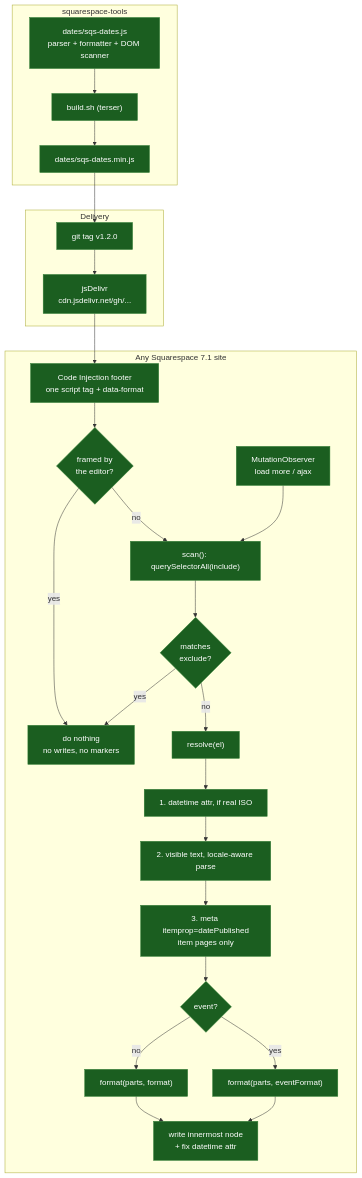
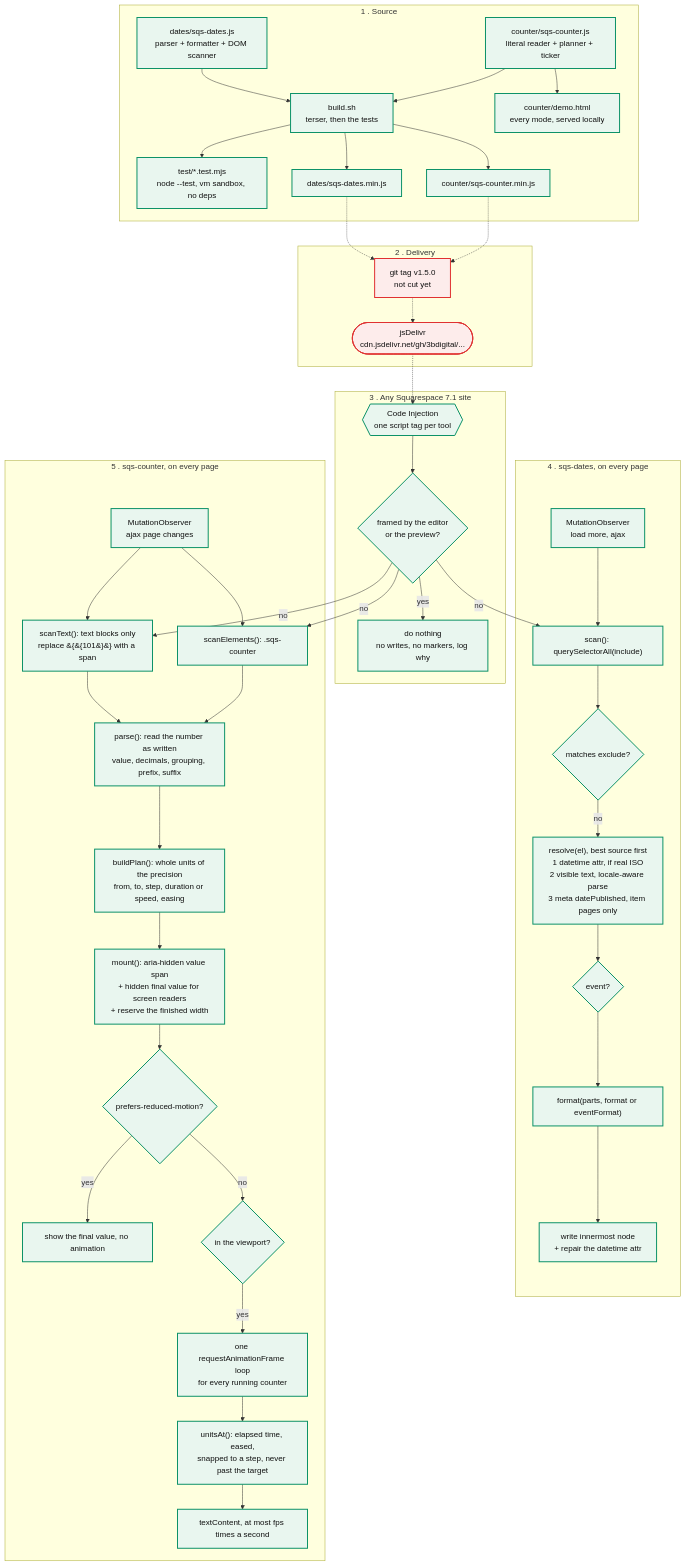
One commit to 3bdigital/squarespace-tools changed the diagram in docs/architecture.md. Above: the diagram before and after it, drawn with Mermaid. The commit also changed other lines of this file and 3 other files, not shown here.

First line of the commit message:
Document the counter, and how a release reaches a site

````diff
--- a/docs/architecture.md
+++ b/docs/architecture.md
@@ -5,49 +7,80 @@
 ```mermaid
 flowchart TD
-    subgraph repo["squarespace-tools"]
-        SRC["dates/sqs-dates.js<br/>parser + formatter + DOM scanner"]
-        BUILD["build.sh (terser)"]
-        MIN["dates/sqs-dates.min.js"]
-        SRC --> BUILD --> MIN
+    subgraph repo["1 . Source"]
+        SRC1["dates/sqs-dates.js<br>parser + formatter + DOM scanner"]
+        SRC2["counter/sqs-counter.js<br>literal reader + planner + ticker"]
+        TESTS["test/*.test.mjs<br>node --test, vm sandbox, no deps"]
+        BUILD["build.sh<br>terser, then the tests"]
+        MIN1["dates/sqs-dates.min.js"]
+        MIN2["counter/sqs-counter.min.js"]
+        DEMO["counter/demo.html<br>every mode, served locally"]
+        SRC1 --> BUILD
+        SRC2 --> BUILD
+        BUILD --> MIN1
+        BUILD --> MIN2
+        BUILD --> TESTS
+        SRC2 --> DEMO
     end
 
-    subgraph cdn["Delivery"]
-        TAG["git tag v1.2.0"]
-        JSD["jsDelivr<br/>cdn.jsdelivr.net/gh/..."]
-        MIN --> TAG --> JSD
+    subgraph cdn["2 . Delivery"]
+        TAG["git tag v1.5.0<br>not cut yet"]
+        JSD(["jsDelivr<br>cdn.jsdelivr.net/gh/3bdigital/..."])
+        MIN1 -.-> TAG
+        MIN2 -.-> TAG
+        TAG -.-> JSD
     end
 
-    subgraph site["Any Squarespace 7.1 site"]
-        INJ["Code Injection footer<br/>one script tag + data-format"]
-        GUARD{"framed by<br/>the editor?"}
-        STOP["do nothing<br/>no writes, no markers"]
-        SCAN["scan(): querySelectorAll(include)"]
-        SKIP{"matches<br/>exclude?"}
-        RESOLVE["resolve(el)"]
-        A1["1. datetime attr, if real ISO"]
-        A2["2. visible text, locale-aware parse"]
-        A3["3. meta itemprop=datePublished<br/>item pages only"]
-        PICK{"event?"}
-        FMT["format(parts, format)"]
-        EFMT["format(parts, eventFormat)"]
-        WRITE["write innermost node<br/>+ fix datetime attr"]
-        OBS["MutationObserver<br/>load more / ajax"]
-
+    subgraph site["3 . Any Squarespace 7.1 site"]
+        INJ{{"Code Injection<br>one script tag per tool"}}
+        GUARD{"framed by the editor<br>or the preview?"}
+        STOP["do nothing<br>no writes, no markers, log why"]
         INJ --> GUARD
         GUARD -->|yes| STOP
-        GUARD -->|no| SCAN
-        SCAN --> SKIP
-        SKIP -->|yes| STOP
-        SKIP -->|no| RESOLVE
-        RESOLVE --> A1 --> A2 --> A3
-        A3 --> PICK
-        PICK -->|no| FMT --> WRITE
-        PICK -->|yes| EFMT --> WRITE
-        OBS --> SCAN
     end
 
-    JSD --> INJ
+    subgraph dates["4 . sqs-dates, on every page"]
+        DSCAN["scan(): querySelectorAll(include)"]
+        DSKIP{"matches exclude?"}
+        DRES["resolve(el), best source first<br>1 datetime attr, if real ISO<br>2 visible text, locale-aware parse<br>3 meta datePublished, item pages only"]
+        DEVENT{"event?"}
+        DFMT["format(parts, format or eventFormat)"]
+        DWRITE["write innermost node<br>+ repair the datetime attr"]
+        DOBS["MutationObserver<br>load more, ajax"]
+        DSCAN --> DSKIP
+        DSKIP -->|no| DRES --> DEVENT --> DFMT --> DWRITE
+        DOBS --> DSCAN
+    end
 
-    classDef step fill:#1b5e20,stroke:#2e7d32,color:#fff
-    class SRC,BUILD,MIN,TAG,JSD,INJ,GUARD,STOP,SCAN,SKIP,RESOLVE,A1,A2,A3,PICK,FMT,EFMT,WRITE,OBS step
+    subgraph counter["5 . sqs-counter, on every page"]
+        CTEXT["scanText(): text blocks only<br>replace &#123;&#123;101&#125;&#125; with a span"]
+        CEL["scanElements(): .sqs-counter"]
+        CPARSE["parse(): read the number as written<br>value, decimals, grouping, prefix, suffix"]
+        CPLAN["buildPlan(): whole units of the precision<br>from, to, step, duration or speed, easing"]
+        CMOUNT["mount(): aria-hidden value span<br>+ hidden final value for screen readers<br>+ reserve the finished width"]
+        CRM{"prefers-reduced-motion?"}
+        CFINAL["show the final value, no animation"]
+        CIO{"in the viewport?"}
+        CTICK["one requestAnimationFrame loop<br>for every running counter"]
+        CQ["unitsAt(): elapsed time, eased,<br>snapped to a step, never past the target"]
+        CPAINT["textContent, at most fps times a second"]
+        COBS["MutationObserver<br>ajax page changes"]
+        CTEXT --> CPARSE
+        CEL --> CPARSE
+        CPARSE --> CPLAN --> CMOUNT --> CRM
+        CRM -->|yes| CFINAL
+        CRM -->|no| CIO
+        CIO -->|yes| CTICK --> CQ --> CPAINT
+        COBS --> CTEXT
+        COBS --> CEL
+    end
+
+    JSD -.-> INJ
+    GUARD -->|no| DSCAN
+    GUARD -->|no| CTEXT
+    GUARD -->|no| CEL
+
+    classDef built fill:#e9f6ef,stroke:#0d9268,stroke-width:2px,color:#111
+    classDef todo fill:#fdeceb,stroke:#e03131,stroke-width:2px,color:#111
+    class SRC1,SRC2,TESTS,BUILD,MIN1,MIN2,DEMO,INJ,GUARD,STOP,DSCAN,DSKIP,DRES,DEVENT,DFMT,DWRITE,DOBS,CTEXT,CEL,CPARSE,CPLAN,CMOUNT,CRM,CFINAL,CIO,CTICK,CQ,CPAINT,COBS built
+    class TAG,JSD todo
 ```
````
